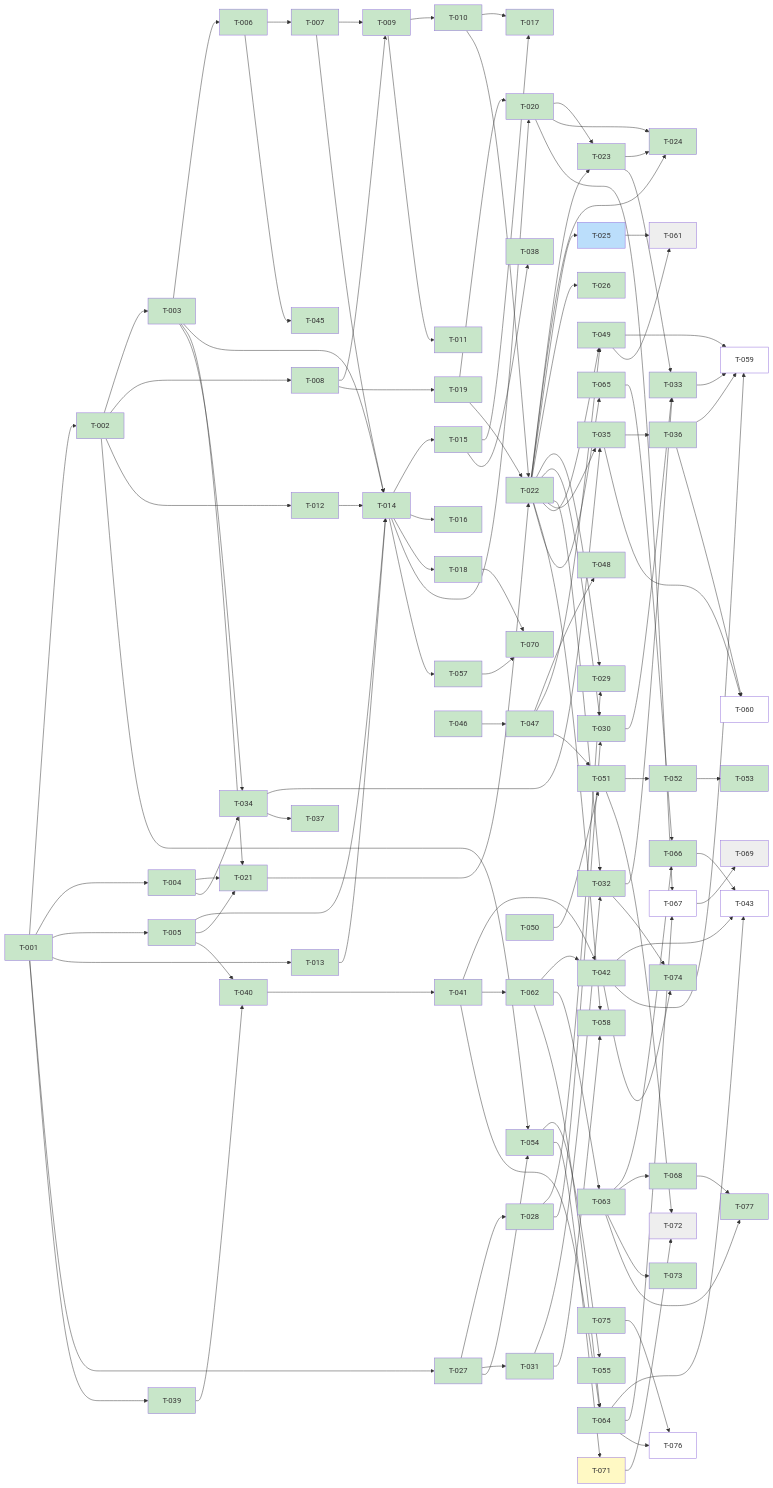
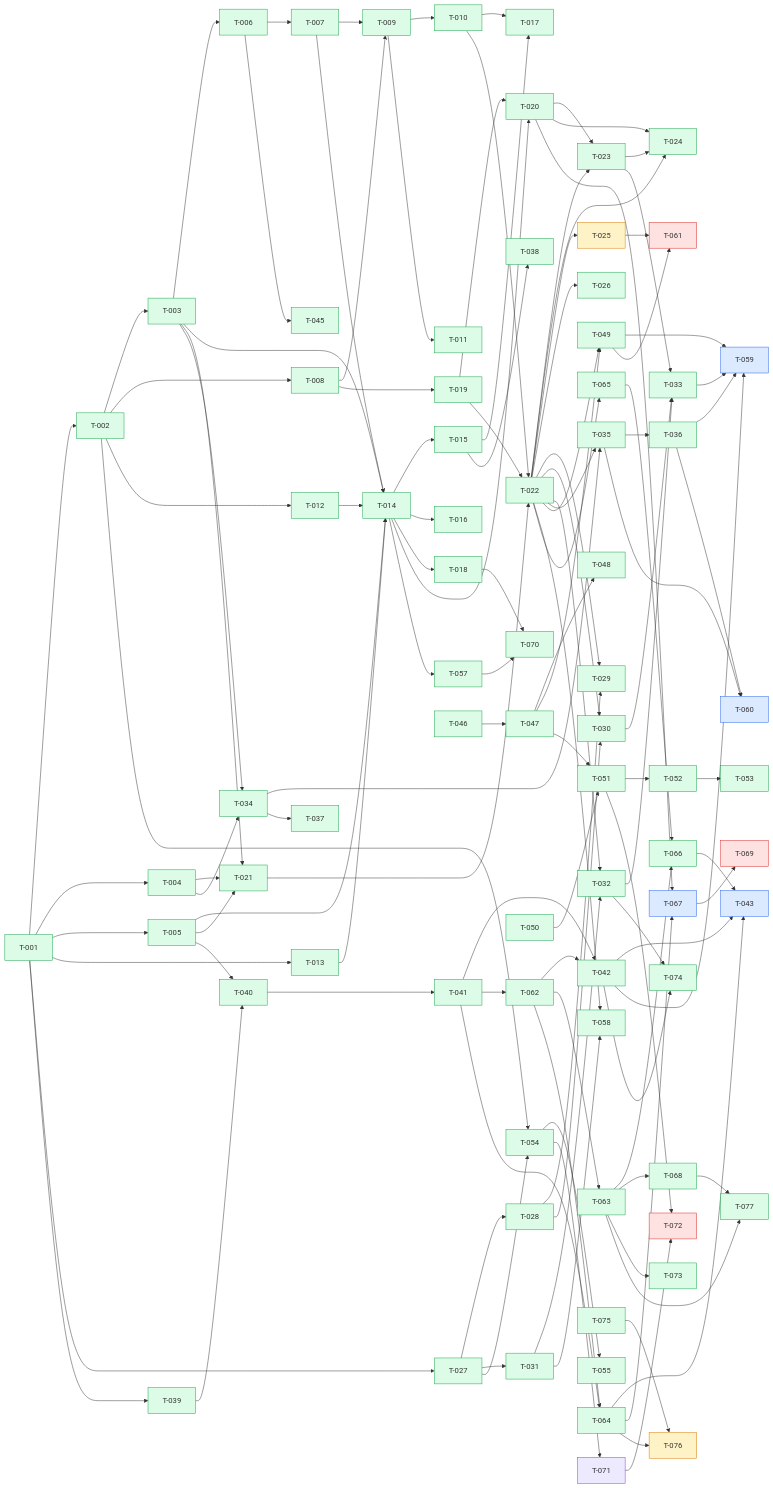
One commit to scholtz/biatec-chat changed the diagram in kanban/BOARD.md. Above: the diagram before and after it, drawn with Mermaid. The commit also changed other lines of this file and 3 other files, not shown here.

````diff
--- a/kanban/BOARD.md
+++ b/kanban/BOARD.md
@@ -237,14 +237,98 @@
   T075[T-075] --> T076[T-076]
   T063[T-063] --> T077[T-077]
   T068[T-068] --> T077[T-077]
-  classDef done fill:#c8e6c9
-  classDef review fill:#fff9c4
-  classDef inprogress fill:#bbdefb
-  classDef backlog fill:#ffffff
-  classDef blocked fill:#eeeeee
-  class T001,T002,T003,T004,T005,T006,T007,T008,T009,T010,T011,T012,T013,T014,T015,T016,T017,T018,T019,T020,T021,T022,T023,T024,T026,T027,T028,T029,T030,T031,T032,T033,T034,T035,T036,T037,T038,T039,T040,T041,T042,T044,T045,T046,T047,T048,T049,T050,T051,T052,T053,T054,T055,T056,T057,T058,T062,T063,T064,T065,T066,T068,T070,T073,T074,T075,T077 done
+  classDef backlog fill:#dbeafe,stroke:#2563eb
+  classDef prog fill:#fef3c7,stroke:#d97706
+  classDef blocked fill:#fee2e2,stroke:#dc2626
+  classDef review fill:#ede9fe,stroke:#7c3aed
+  classDef done fill:#dcfce7,stroke:#16a34a
+  class T001 done
+  class T002 done
+  class T003 done
+  class T004 done
+  class T005 done
+  class T006 done
+  class T007 done
+  class T008 done
+  class T009 done
+  class T010 done
+  class T011 done
+  class T012 done
+  class T013 done
+  class T014 done
+  class T015 done
+  class T016 done
+  class T017 done
+  class T018 done
+  class T019 done
+  class T020 done
+  class T021 done
+  class T022 done
+  class T023 done
+  class T024 done
+  class T025 prog
+  class T026 done
+  class T027 done
+  class T028 done
+  class T029 done
+  class T030 done
+  class T031 done
+  class T032 done
+  class T033 done
+  class T034 done
+  class T035 done
+  class T036 done
+  class T037 done
+  class T038 done
+  class T039 done
+  class T040 done
+  class T041 done
+  class T042 done
+  class T043 backlog
+  class T044 done
+  class T045 done
+  class T046 done
+  class T047 done
+  class T048 done
+  class T049 done
+  class T050 done
+  class T051 done
+  class T052 done
+  class T053 done
+  class T054 done
+  class T055 done
+  class T056 done
+  class T057 done
+  class T058 done
+  class T059 backlog
+  class T060 backlog
+  class T061 blocked
+  class T062 done
+  class T063 done
+  class T064 done
+  class T065 done
+  class T066 done
+  class T067 backlog
+  class T068 done
+  class T069 blocked
+  class T070 done
   class T071 review
-  class T080,T082,T025 inprogress
-  class T059,T076,T078,T079,T043,T081,T083,T084,T087,T088,T060,T067,T085,T086 backlog
-  class T072,T061,T069 blocked
+  class T072 blocked
+  class T073 done
+  class T074 done
+  class T075 done
+  class T076 prog
+  class T077 done
+  class T078 prog
+  class T079 backlog
+  class T080 prog
+  class T081 backlog
+  class T082 prog
+  class T083 backlog
+  class T084 prog
+  class T085 backlog
+  class T086 backlog
+  class T087 backlog
+  class T088 backlog
+
 ```
````
